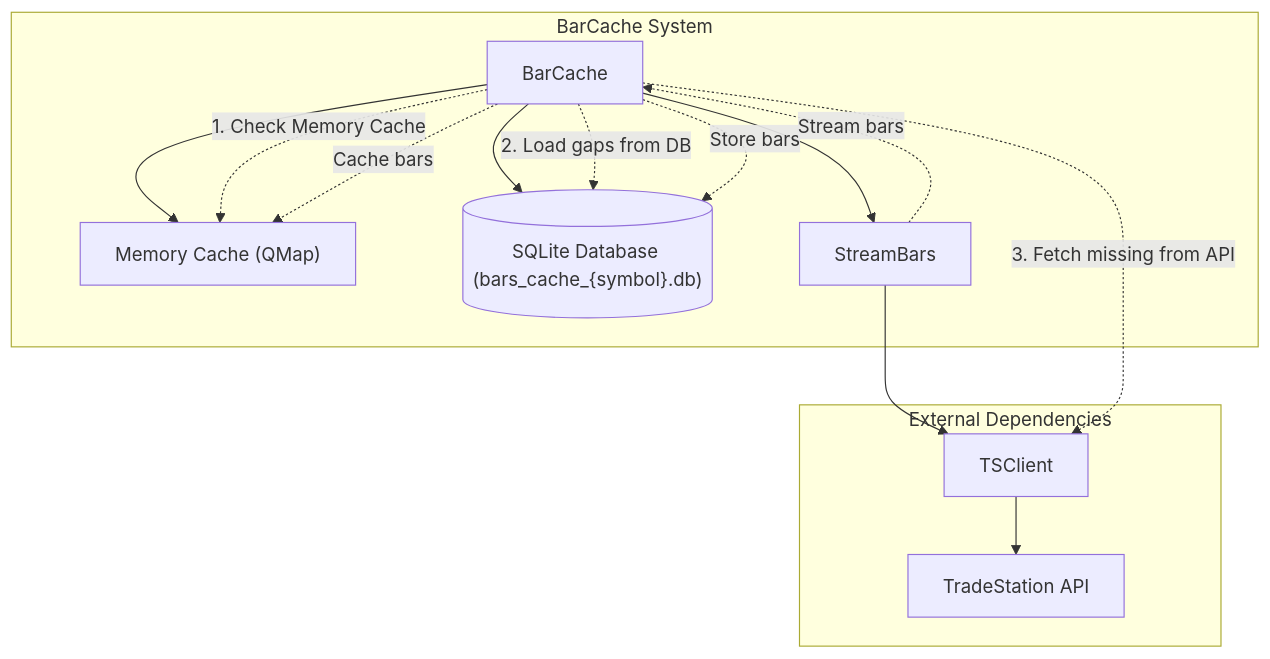
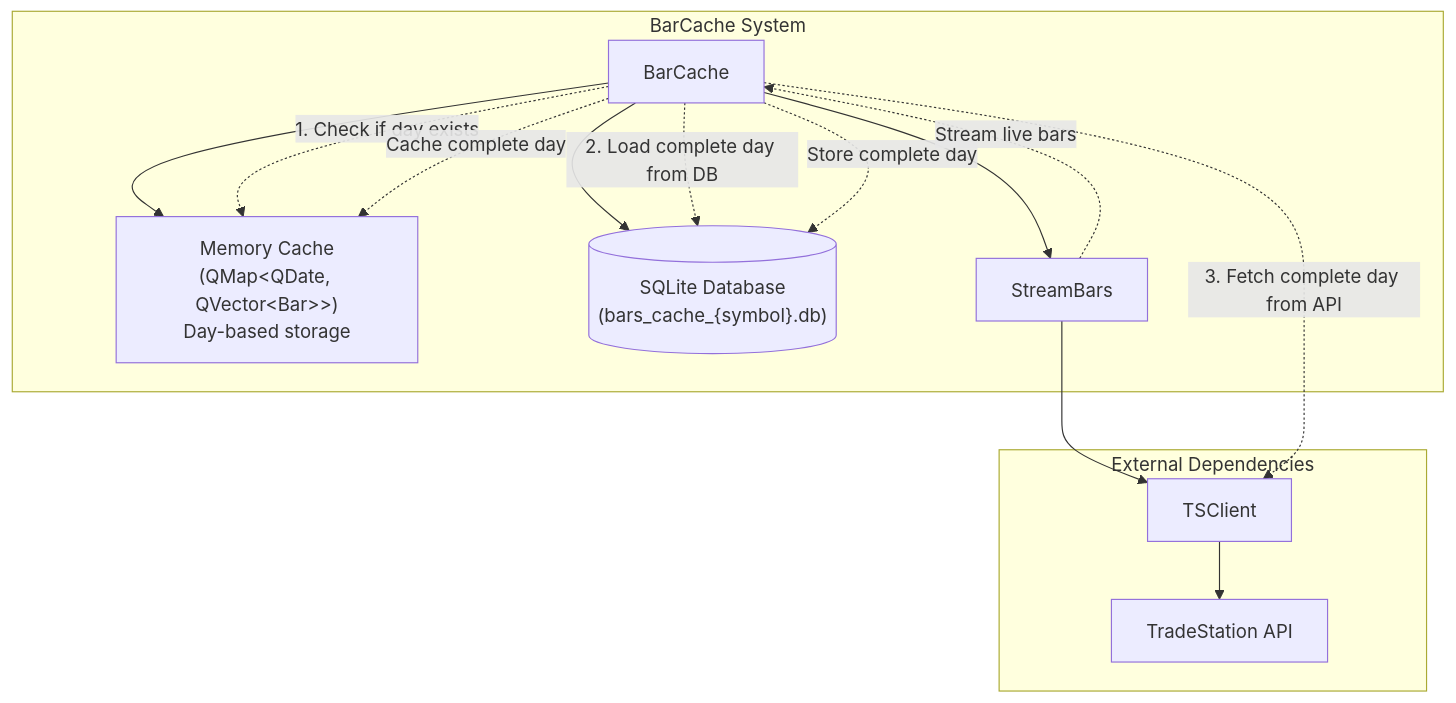
The sixth of 6 diagrams in Src/Core/Cache/BarCache/BarCache.md (simonbeaudoin0935/OpenTraderPlatform), drawn with Mermaid before and after one commit. The commit also changed other lines of this file and 76 other files, not shown here.

````diff
--- a/Src/Core/Cache/BarCache/BarCache.md
+++ b/Src/Core/Cache/BarCache/BarCache.md
@@ -211,27 +208,27 @@
 ```mermaid
 graph TB
     subgraph "BarCache System"
         BC[BarCache]
-        MC["Memory Cache (QMap<QDateTime, Bar>)"]
-        DB[("SQLite Database (bars_cache_{symbol}.db)")]
+        MC["Memory Cache<br/>(QMap&lt;QDate, QVector&lt;Bar&gt;&gt;)<br/>Day-based storage"]
+        DB[("SQLite Database<br/>(bars_cache_{symbol}.db)")]
         SB[StreamBars]
     end
 
     subgraph "External Dependencies"
         TSC[TSClient]
         API["TradeStation API"]
     end
 
     BC --> MC
     BC --> DB
     BC --> SB
     SB --> TSC
     TSC --> API
 
-    BC -.->|"1. Check Memory Cache"| MC
-    BC -.->|"2. Load gaps from DB"| DB
-    BC -.->|"3. Fetch missing from API"| TSC
-    BC -.->|"Store bars"| DB
-    BC -.->|"Cache bars"| MC
-    SB -.->|"Stream bars"| BC
+    BC -.->|"1. Check if day exists"| MC
+    BC -.->|"2. Load complete day from DB"| DB
+    BC -.->|"3. Fetch complete day from API"| TSC
+    BC -.->|"Store complete day"| DB
+    BC -.->|"Cache complete day"| MC
+    SB -.->|"Stream live bars"| BC
 ```
````
